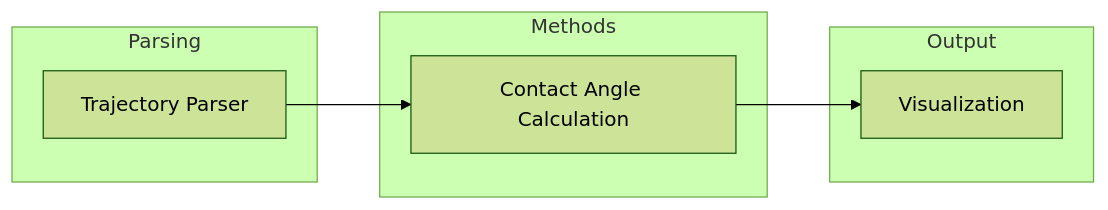
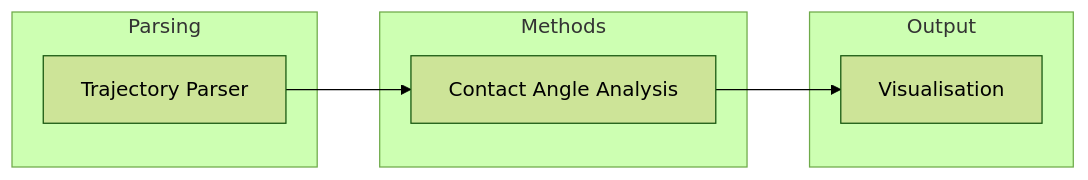
Before and after one commit to Matgenix/wetting-angle-kit: the diagram in docs/source/introduction/introduction.rst, drawn with Mermaid (forest theme). The commit also changed other lines of this file and 18 other files, not shown here.

```diff
--- a/docs/source/introduction/introduction.rst
+++ b/docs/source/introduction/introduction.rst
@@ -16,17 +21,17 @@
 .. mermaid::
 
    graph LR
-      A[Trajectory Parser] --> B[Contact Angle Calculation]
-      B --> C[Visualization]
+      A[Trajectory Parser] --> B[Contact Angle Analysis]
+      B --> C[Visualisation]
 
       subgraph Parsing
       A
       end
 
       subgraph Methods
       B
       end
 
       subgraph Output
       C
       end
```
